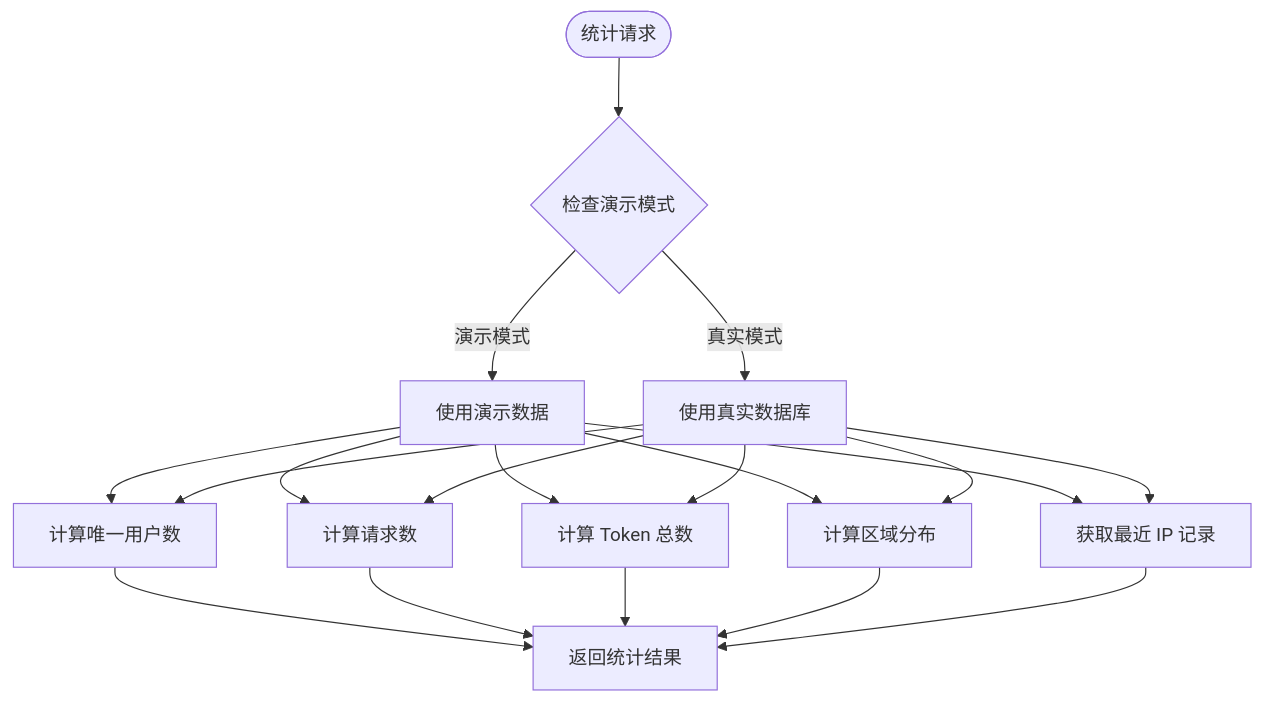
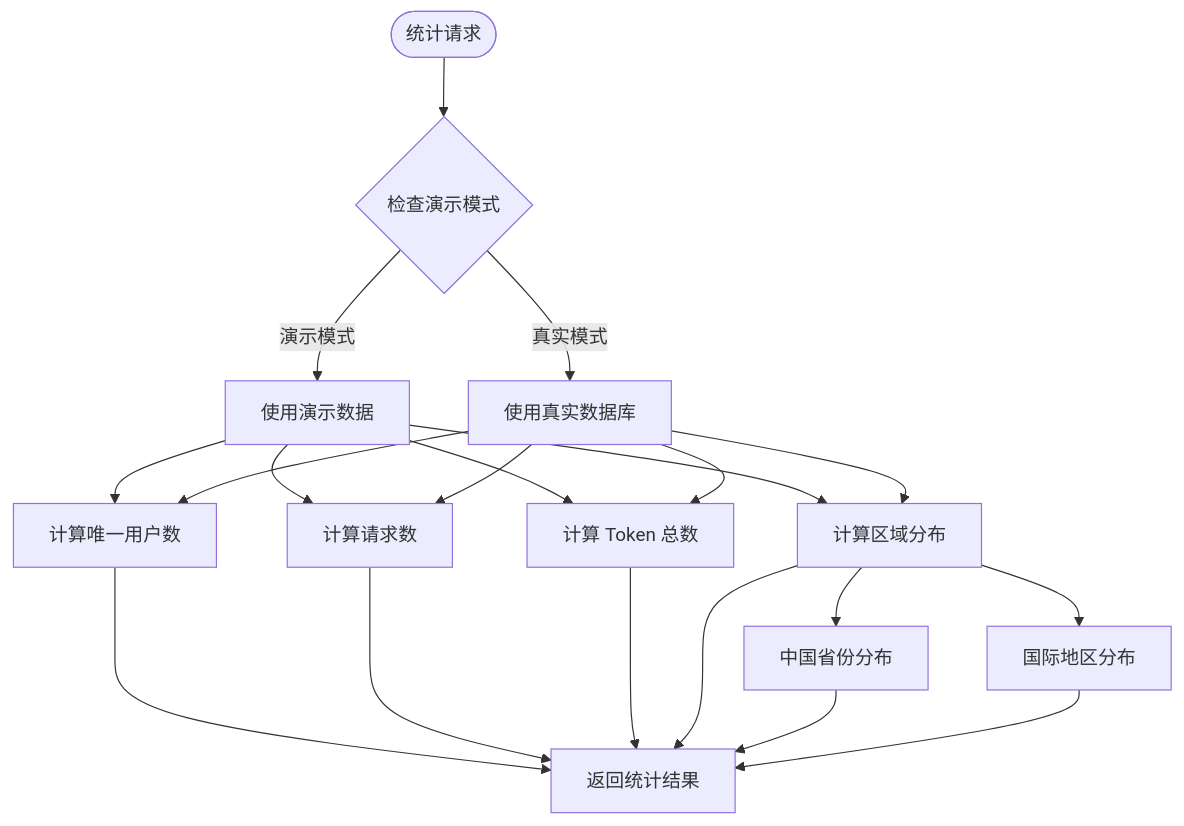
Before and after one commit to RadiumAg/AIGate: the fifth of 9 diagrams in .qoder/repowiki/zh/content/核心功能/演示模式系统.md, drawn with Mermaid. The commit also changed other lines of this file and 30 other files, not shown here.

````diff
--- a/.qoder/repowiki/zh/content/核心功能/演示模式系统.md
+++ b/.qoder/repowiki/zh/content/核心功能/演示模式系统.md
@@ -324,21 +342,22 @@
 ```mermaid
 flowchart TD
 Start([统计请求]) --> CheckMode{检查演示模式}
 CheckMode --> |演示模式| UseDemoData[使用演示数据]
 CheckMode --> |真实模式| UseRealDB[使用真实数据库]
 UseDemoData --> DistinctUsers[计算唯一用户数]
 UseDemoData --> RequestCount[计算请求数]
 UseDemoData --> TokenSum[计算 Token 总数]
 UseDemoData --> RegionDist[计算区域分布]
-UseDemoData --> RecentIP[获取最近 IP 记录]
+RegionDist --> ChinaProvinces[中国省份分布]
+RegionDist --> InternationalRegions[国际地区分布]
 UseRealDB --> DistinctUsers
 UseRealDB --> RequestCount
 UseRealDB --> TokenSum
 UseRealDB --> RegionDist
-UseRealDB --> RecentIP
 DistinctUsers --> ReturnStats[返回统计结果]
 RequestCount --> ReturnStats
 TokenSum --> ReturnStats
 RegionDist --> ReturnStats
-RecentIP --> ReturnStats
+ChinaProvinces --> ReturnStats
+InternationalRegions --> ReturnStats
 ```
````
